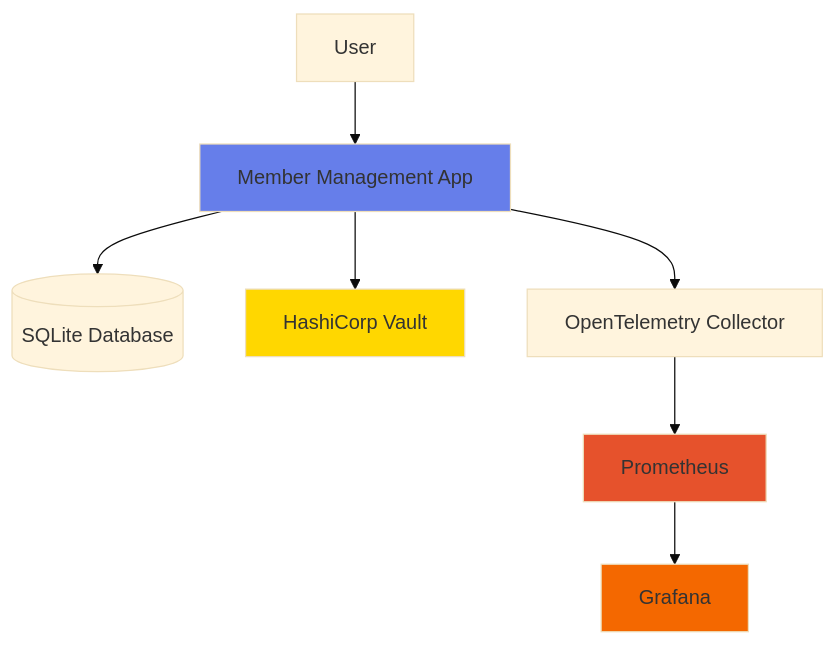
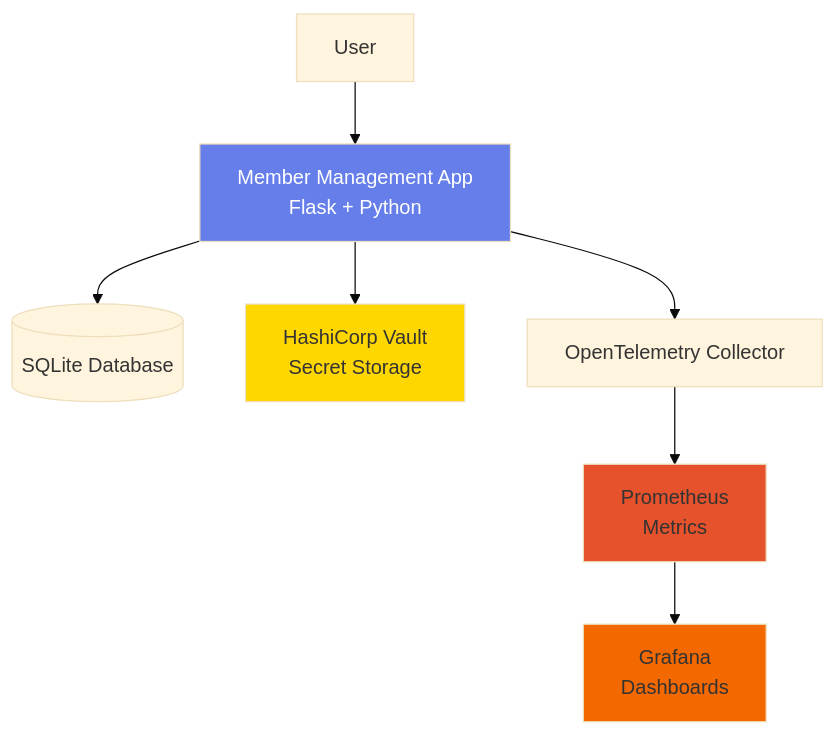
One commit to aairom/app-automation-demo changed the diagram in Docs/README.md. Above: the diagram before and after it, drawn with Mermaid (base theme). The commit also changed other lines of this file and 3 other files, not shown here.

````diff
--- a/Docs/README.md
+++ b/Docs/README.md
@@ -41,14 +57,14 @@
 ```mermaid
 graph TB
-    User[User] --> App[Member Management App]
+    User[User] --> App[Member Management App<br/>Flask + Python]
     App --> DB[(SQLite Database)]
-    App --> Vault[HashiCorp Vault]
+    App --> Vault[HashiCorp Vault<br/>Secret Storage]
     App --> OTel[OpenTelemetry Collector]
-    OTel --> Prom[Prometheus]
-    Prom --> Graf[Grafana]
+    OTel --> Prom[Prometheus<br/>Metrics]
+    Prom --> Graf[Grafana<br/>Dashboards]
     
-    style App fill:#667eea
+    style App fill:#667eea,color:#fff
     style Vault fill:#ffd700
     style Prom fill:#e6522c
     style Graf fill:#f46800
 ```
````
